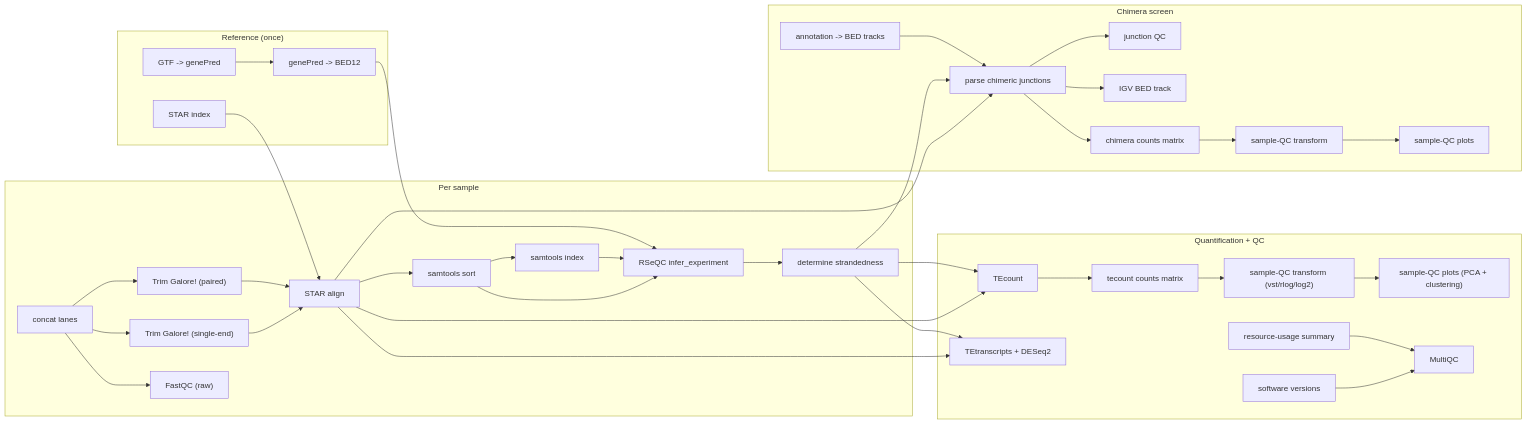
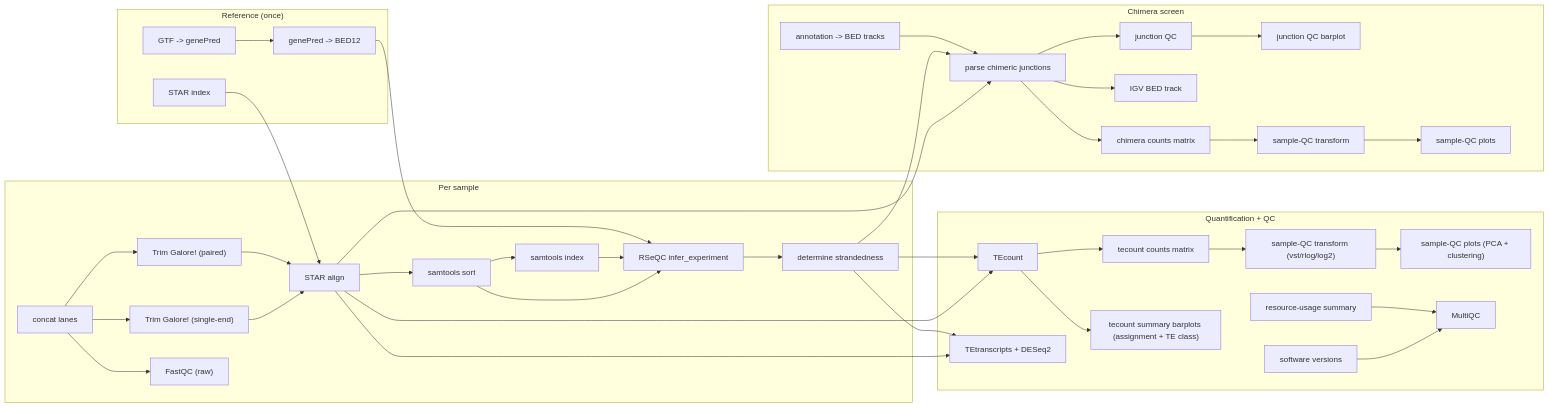
Before and after one commit to altintasali/TEtranscripts-pipe: the first of 2 diagrams in README.md, drawn with Mermaid. The commit also changed other lines of this file and 10 other files, not shown here.

Commit message:
barplots: MultiQC junction-QC + TEcounts summary (v0.6.1)

````diff
--- a/README.md
+++ b/README.md
@@ -10,68 +10,72 @@
 ```mermaid
 flowchart LR
     subgraph reference_once["Reference (once)"]
         star_index["STAR index"]
         gtf_to_genepred["GTF -> genePred"]
         genepred_to_bed12["genePred -> BED12"]
     end
     subgraph per_sample["Per sample"]
         cat_fastq["concat lanes"]
         trim_galore_pe["Trim Galore! (paired)"]
         trim_galore_se["Trim Galore! (single-end)"]
         star_align["STAR align"]
         samtools_sort["samtools sort"]
         samtools_index["samtools index"]
         fastqc_raw["FastQC (raw)"]
         rseqc_infer_experiment["RSeQC infer_experiment"]
         determine_strandedness["determine strandedness"]
     end
     subgraph quantification_qc["Quantification + QC"]
         tecount["TEcount"]
         tetranscripts_diffexp["TEtranscripts + DESeq2"]
         tecount_counts["tecount counts matrix"]
         tecount_qc_transform["sample-QC transform (vst/rlog/log2)"]
         tecount_qc["sample-QC plots (PCA + clustering)"]
+        tecount_summary["tecount summary barplots (assignment + TE class)"]
         software_versions["software versions"]
         benchmark_summary["resource-usage summary"]
         multiqc["MultiQC"]
     end
     subgraph chimera_screen["Chimera screen"]
         annotation_to_bed["annotation -> BED tracks"]
         parse_chimeric_junctions["parse chimeric junctions"]
         junction_qc["junction QC"]
+        junction_qc_barplot["junction QC barplot"]
         chimera_igv_bed["IGV BED track"]
         chimera_counts["chimera counts matrix"]
         sample_qc_transform["sample-QC transform"]
         sample_qc["sample-QC plots"]
     end
     annotation_to_bed --> parse_chimeric_junctions
     benchmark_summary --> multiqc
     cat_fastq --> fastqc_raw
     cat_fastq --> trim_galore_pe
     cat_fastq --> trim_galore_se
     chimera_counts --> sample_qc_transform
     determine_strandedness --> parse_chimeric_junctions
     determine_strandedness --> tecount
     determine_strandedness --> tetranscripts_diffexp
     genepred_to_bed12 --> rseqc_infer_experiment
     gtf_to_genepred --> genepred_to_bed12
+    junction_qc --> junction_qc_barplot
     parse_chimeric_junctions --> chimera_counts
     parse_chimeric_junctions --> chimera_igv_bed
     parse_chimeric_junctions --> junction_qc
     rseqc_infer_experiment --> determine_strandedness
     sample_qc_transform --> sample_qc
     samtools_index --> rseqc_infer_experiment
     samtools_sort --> rseqc_infer_experiment
     samtools_sort --> samtools_index
     software_versions --> multiqc
     star_align --> parse_chimeric_junctions
     star_align --> samtools_sort
     star_align --> tecount
     star_align --> tetranscripts_diffexp
     star_index --> star_align
     tecount --> tecount_counts
+    tecount --> tecount_summary
     tecount_counts --> tecount_qc_transform
     tecount_qc_transform --> tecount_qc
     trim_galore_pe --> star_align
     trim_galore_se --> star_align
 ```
````
